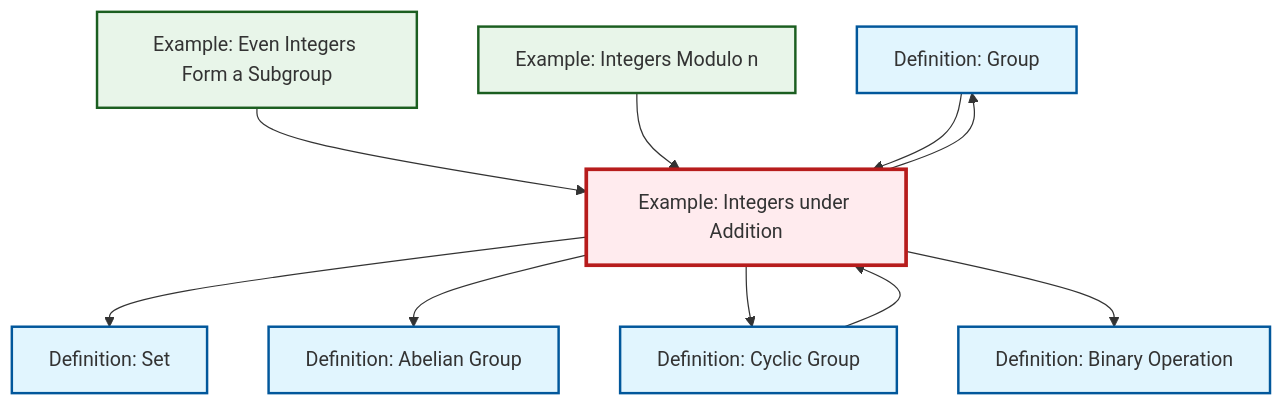
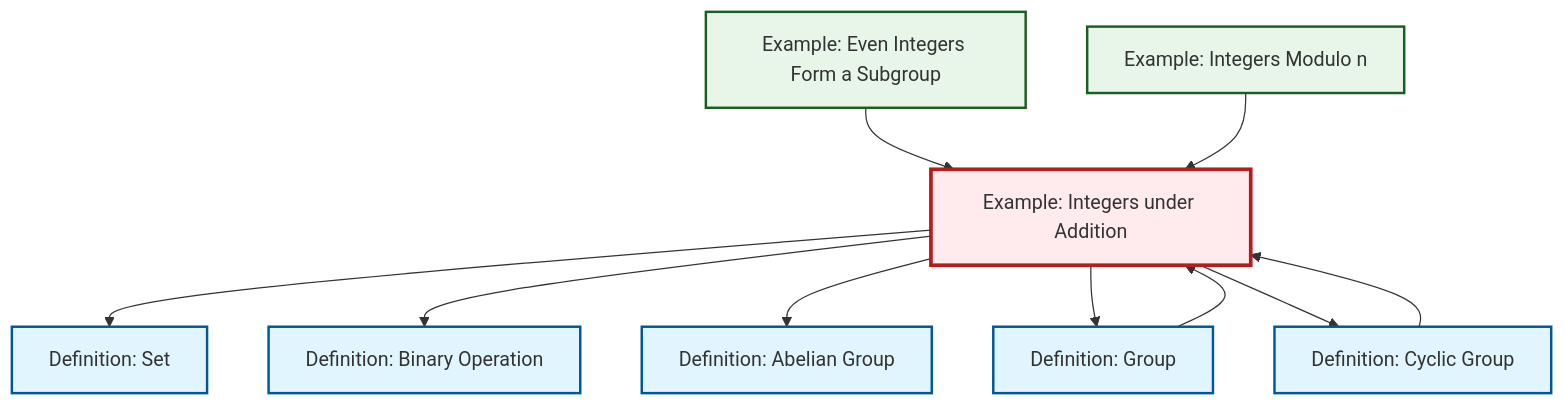
One commit to RK0429/ModernMath changed the diagram in content/en/algebra/ex-integers-addition.qmd. Above: the diagram before and after it, drawn with Mermaid. The commit also changed other lines of this file and 654 other files, not shown here.

````diff
--- a/content/en/algebra/ex-integers-addition.qmd
+++ b/content/en/algebra/ex-integers-addition.qmd
@@ -73,34 +73,34 @@
 ```{mermaid}
 %%| fig-cap: "Local dependency graph"
 graph TD
     classDef definition fill:#e1f5fe,stroke:#01579b,stroke-width:2px
     classDef theorem fill:#f3e5f5,stroke:#4a148c,stroke-width:2px
     classDef axiom fill:#fff3e0,stroke:#e65100,stroke-width:2px
     classDef example fill:#e8f5e9,stroke:#1b5e20,stroke-width:2px
     classDef current fill:#ffebee,stroke:#b71c1c,stroke-width:3px
+    ex-even-integers-subgroup["Example: Even Integers Form a Subgroup"]:::example
+    def-set["Definition: Set"]:::definition
+    def-cyclic-group["Definition: Cyclic Group"]:::definition
+    ex-integers-addition["Example: Integers under Addition"]:::example
     def-group["Definition: Group"]:::definition
+    def-binary-operation["Definition: Binary Operation"]:::definition
     def-abelian-group["Definition: Abelian Group"]:::definition
-    def-binary-operation["Definition: Binary Operation"]:::definition
-    def-cyclic-group["Definition: Cyclic Group"]:::definition
-    ex-even-integers-subgroup["Example: Even Integers Form a Subgroup"]:::example
     ex-quotient-integers-mod-n["Example: Integers Modulo n"]:::example
-    def-set["Definition: Set"]:::definition
-    ex-integers-addition["Example: Integers under Addition"]:::example
     ex-integers-addition --> def-set
+    def-cyclic-group --> ex-integers-addition
+    ex-integers-addition --> def-binary-operation
+    ex-integers-addition --> def-abelian-group
+    ex-integers-addition --> def-group
     ex-even-integers-subgroup --> ex-integers-addition
-    ex-integers-addition --> def-abelian-group
+    def-group --> ex-integers-addition
+    ex-quotient-integers-mod-n --> ex-integers-addition
     ex-integers-addition --> def-cyclic-group
-    ex-integers-addition --> def-group
-    ex-integers-addition --> def-binary-operation
-    ex-quotient-integers-mod-n --> ex-integers-addition
-    def-group --> ex-integers-addition
-    def-cyclic-group --> ex-integers-addition
     class ex-integers-addition current
+    click ex-even-integers-subgroup "ex-even-integers-subgroup.html" "Go to Even Integers Form a Subgroup example"
+    click def-set "def-set.html" "Go to Set definition"
+    click def-cyclic-group "def-cyclic-group.html" "Go to Cyclic Group definition"
     click def-group "def-group.html" "Go to Group definition"
+    click def-binary-operation "def-binary-operation.html" "Go to Binary Operation definition"
     click def-abelian-group "def-abelian-group.html" "Go to Abelian Group definition"
-    click def-binary-operation "def-binary-operation.html" "Go to Binary Operation definition"
-    click def-cyclic-group "def-cyclic-group.html" "Go to Cyclic Group definition"
-    click ex-even-integers-subgroup "ex-even-integers-subgroup.html" "Go to Even Integers Form a Subgroup example"
     click ex-quotient-integers-mod-n "ex-quotient-integers-mod-n.html" "Go to Integers Modulo n example"
-    click def-set "def-set.html" "Go to Set definition"
 ```
````
